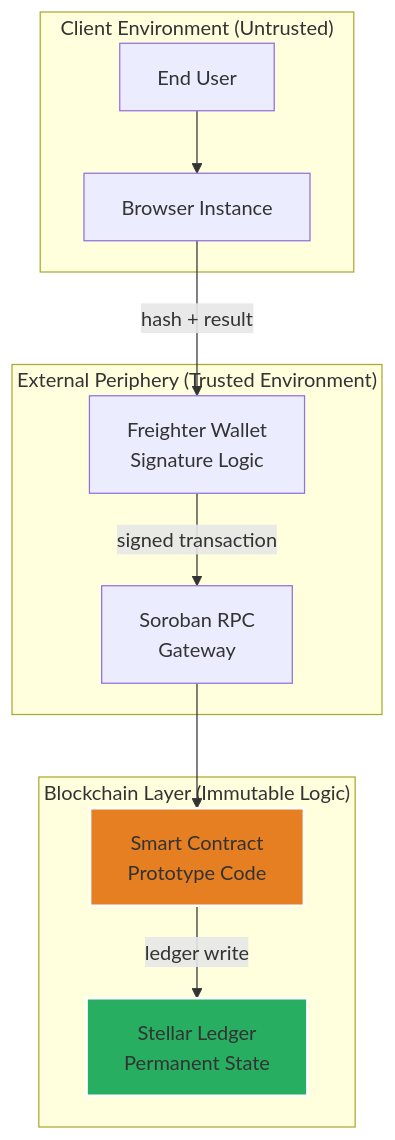
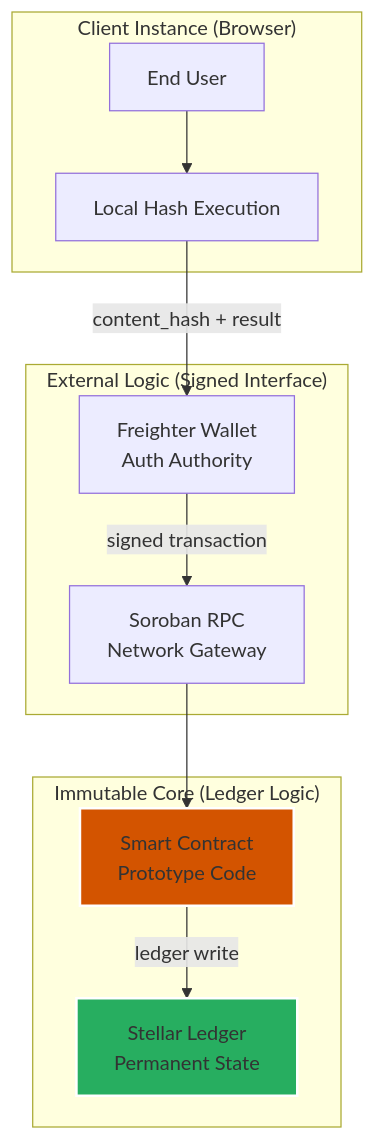
The diagram in SECURITY.md (tunisch/AuthentiScan), drawn with Mermaid before and after one commit. The commit also changed other lines of this file and 4 other files, not shown here.

````diff
--- a/SECURITY.md
+++ b/SECURITY.md
@@ -7,26 +7,26 @@
 ```mermaid
 graph TD
-    subgraph "Client Environment (Untrusted)"
+    subgraph "Client Instance (Browser)"
         U[End User]
-        B[Browser Instance]
+        B[Local Hash Execution]
     end
 
-    subgraph "External Periphery (Trusted Environment)"
-        W[Freighter Wallet<br/>Signature Logic]
-        RPC[Soroban RPC<br/>Gateway]
+    subgraph "External Logic (Signed Interface)"
+        W[Freighter Wallet<br/>Auth Authority]
+        RPC[Soroban RPC<br/>Network Gateway]
     end
 
-    subgraph "Blockchain Layer (Immutable Logic)"
+    subgraph "Immutable Core (Ledger Logic)"
         SC[Smart Contract<br/>Prototype Code]
         L[Stellar Ledger<br/>Permanent State]
     end
 
     U --> B
-    B -->|hash + result| W
+    B -->|content_hash + result| W
     W -->|signed transaction| RPC
     RPC --> SC
     SC -->|ledger write| L
 
-    style SC fill:#e67e22,stroke:#fff,stroke-width:2px
+    style SC fill:#d35400,stroke:#fff,stroke-width:2px
     style L fill:#27ae60,stroke:#fff,stroke-width:2px
 ```
````
